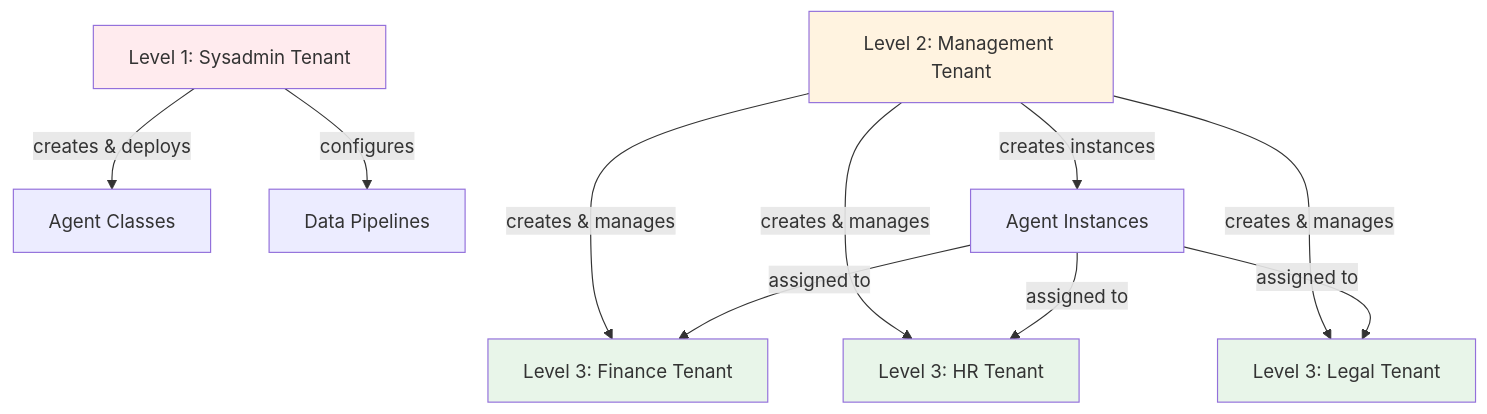
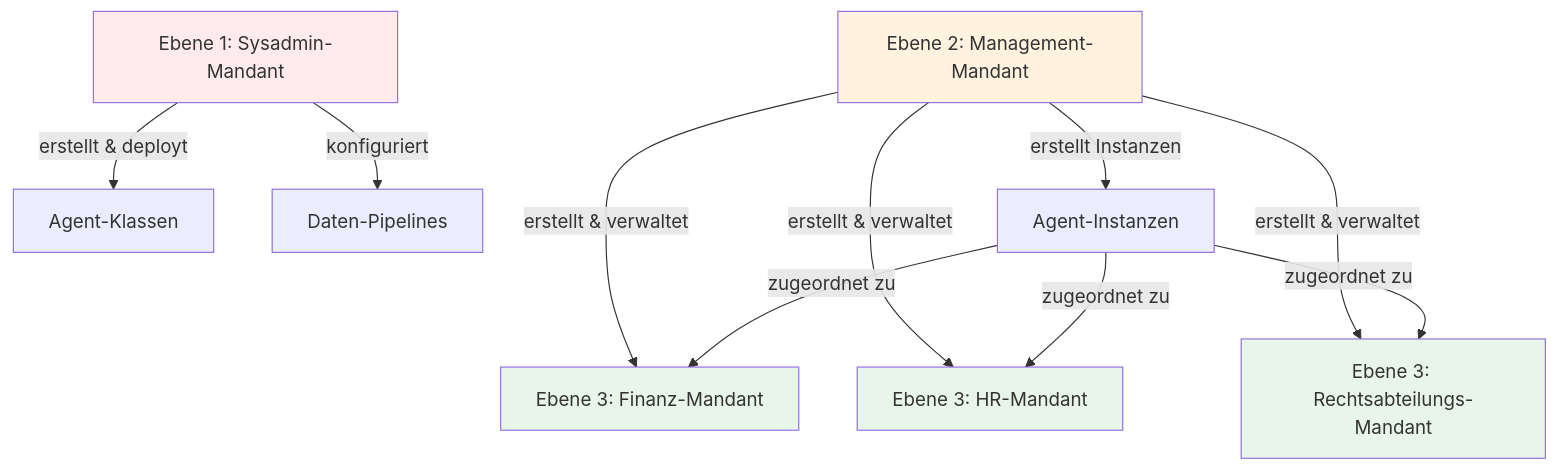
Before and after one commit to bbvch-ai/aihub-core: the diagram in docs/docs/2_platform/16_multi_tenancy/2_creating_tenants/index.de.md, drawn with Mermaid. The commit also changed other lines of this file and 33 other files, not shown here.

````diff
--- a/docs/docs/2_platform/16_multi_tenancy/2_creating_tenants/index.de.md
+++ b/docs/docs/2_platform/16_multi_tenancy/2_creating_tenants/index.de.md
@@ -35,24 +30,24 @@
 ```mermaid
 graph TD
-    T1[Level 1: Sysadmin Tenant]
-    T2[Level 2: Management Tenant]
-    T3A[Level 3: Finance Tenant]
-    T3B[Level 3: HR Tenant]
-    T3C[Level 3: Legal Tenant]
+    T1[Ebene 1: Sysadmin-Mandant]
+    T2[Ebene 2: Management-Mandant]
+    T3A[Ebene 3: Finanz-Mandant]
+    T3B[Ebene 3: HR-Mandant]
+    T3C[Ebene 3: Rechtsabteilungs-Mandant]
 
-    T1 -->|creates & deploys| Agents[Agent Classes]
-    T1 -->|configures| Pipelines[Data Pipelines]
-    T2 -->|creates instances| AgentInst[Agent Instances]
-    T2 -->|creates & manages| T3A
-    T2 -->|creates & manages| T3B
-    T2 -->|creates & manages| T3C
-    AgentInst -->|assigned to| T3A
-    AgentInst -->|assigned to| T3B
-    AgentInst -->|assigned to| T3C
+    T1 -->|erstellt & deployt| Agents[Agent-Klassen]
+    T1 -->|konfiguriert| Pipelines[Daten-Pipelines]
+    T2 -->|erstellt Instanzen| AgentInst[Agent-Instanzen]
+    T2 -->|erstellt & verwaltet| T3A
+    T2 -->|erstellt & verwaltet| T3B
+    T2 -->|erstellt & verwaltet| T3C
+    AgentInst -->|zugeordnet zu| T3A
+    AgentInst -->|zugeordnet zu| T3B
+    AgentInst -->|zugeordnet zu| T3C
 
     style T1 fill:#ffebee
     style T2 fill:#fff3e0
     style T3A fill:#e8f5e9
     style T3B fill:#e8f5e9
     style T3C fill:#e8f5e9
 ```
````
